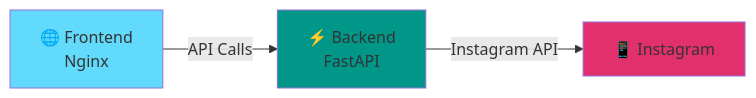
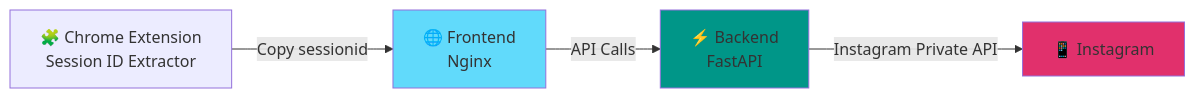
The diagram in README.md (mertdevx/Instagram-DM-Deleter), drawn with Mermaid before and after one commit. The commit also changed other lines of this file, not shown here.

Commit message:
Update README for extension integration and latest features

````diff
--- a/README.md
+++ b/README.md
@@ -153,9 +189,10 @@
 ```mermaid
 graph LR
-    A[🌐 Frontend<br/>Nginx] -->|API Calls| B[⚡ Backend<br/>FastAPI]
-    B -->|Instagram API| C[📱 Instagram]
+    E[🧩 Chrome Extension<br/>Session ID Extractor] -->|Copy sessionid| A[🌐 Frontend<br/>Nginx]
+    A -->|API Calls| B[⚡ Backend<br/>FastAPI]
+    B -->|Instagram Private API| C[📱 Instagram]
     
     style A fill:#61dafb
     style B fill:#009688
     style C fill:#E1306C
 ```
````
